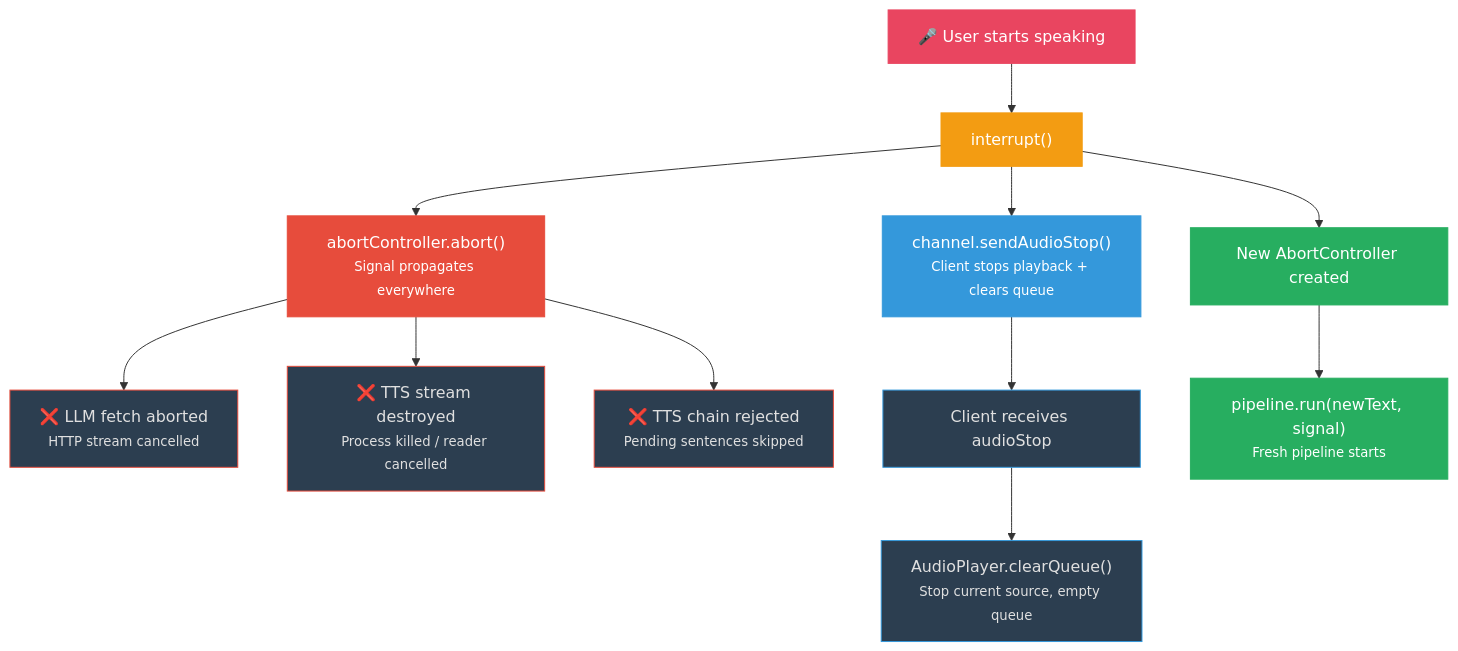
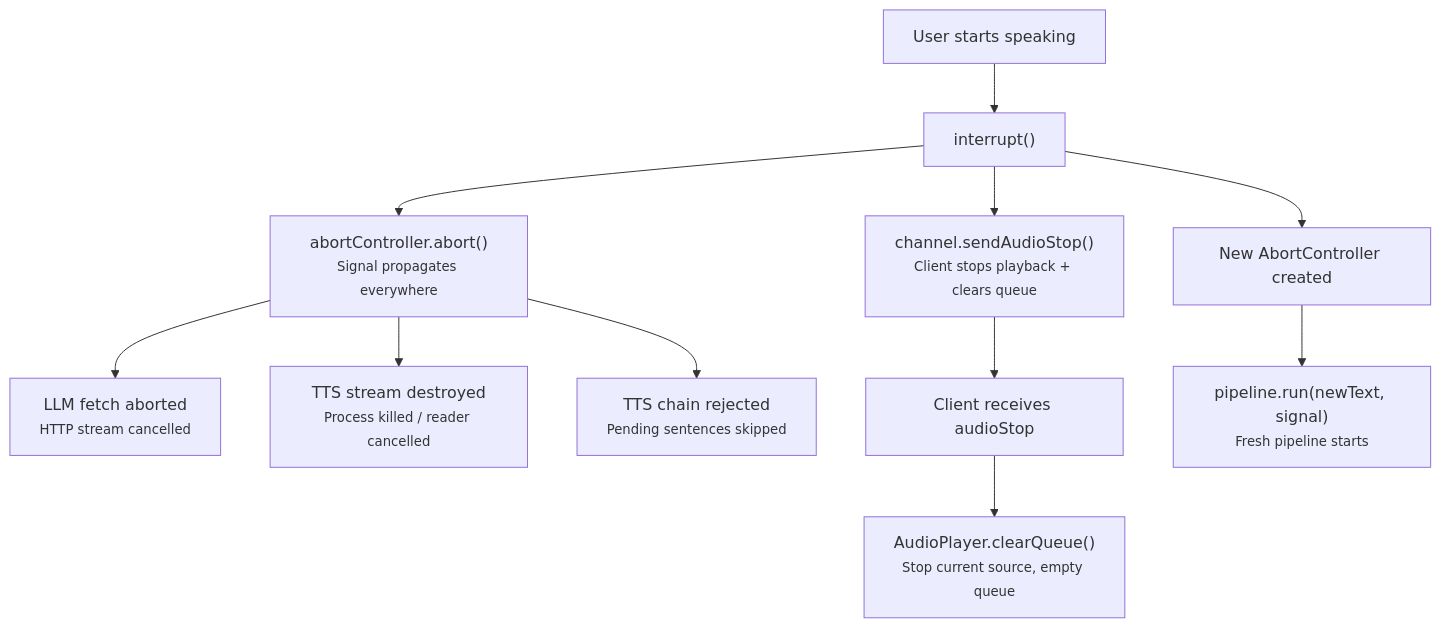
The sixth of 9 diagrams in docs/src/architecture.md (xettri/voicex), drawn with Mermaid before and after one commit. The commit also changed other lines of this file and 48 other files, not shown here.

````diff
--- a/docs/src/architecture.md
+++ b/docs/src/architecture.md
@@ -186,29 +306,17 @@
 ```mermaid
 flowchart TB
-    SPEAK["🎤 User starts speaking"] --> INT["interrupt()"]
+    SPEAK["User starts speaking"] --> INT["interrupt()"]
 
     INT --> STOP["channel.sendAudioStop()<br/><small>Client stops playback + clears queue</small>"]
     INT --> ABORT["abortController.abort()<br/><small>Signal propagates everywhere</small>"]
 
-    ABORT --> ALLM["❌ LLM fetch aborted<br/><small>HTTP stream cancelled</small>"]
-    ABORT --> ATTS["❌ TTS stream destroyed<br/><small>Process killed / reader cancelled</small>"]
-    ABORT --> ACHAIN["❌ TTS chain rejected<br/><small>Pending sentences skipped</small>"]
+    ABORT --> ALLM["LLM fetch aborted<br/><small>HTTP stream cancelled</small>"]
+    ABORT --> ATTS["TTS stream destroyed<br/><small>Process killed / reader cancelled</small>"]
+    ABORT --> ACHAIN["TTS chain rejected<br/><small>Pending sentences skipped</small>"]
 
     STOP --> CLIENT["Client receives audioStop"]
     CLIENT --> CLEAR["AudioPlayer.clearQueue()<br/><small>Stop current source, empty queue</small>"]
 
     INT --> NEW["New AbortController created"]
     NEW --> PIPE["pipeline.run(newText, signal)<br/><small>Fresh pipeline starts</small>"]
-
-    style SPEAK fill:#e94560,stroke:#e94560,color:#fff
-    style INT fill:#f39c12,stroke:#f39c12,color:#fff
-    style STOP fill:#3498db,stroke:#3498db,color:#fff
-    style ABORT fill:#e74c3c,stroke:#e74c3c,color:#fff
-    style ALLM fill:#2c3e50,stroke:#e74c3c,color:#e0e0e0
-    style ATTS fill:#2c3e50,stroke:#e74c3c,color:#e0e0e0
-    style ACHAIN fill:#2c3e50,stroke:#e74c3c,color:#e0e0e0
-    style CLIENT fill:#2c3e50,stroke:#3498db,color:#e0e0e0
-    style CLEAR fill:#2c3e50,stroke:#3498db,color:#e0e0e0
-    style NEW fill:#27ae60,stroke:#27ae60,color:#fff
-    style PIPE fill:#27ae60,stroke:#27ae60,color:#fff
 ```
````
